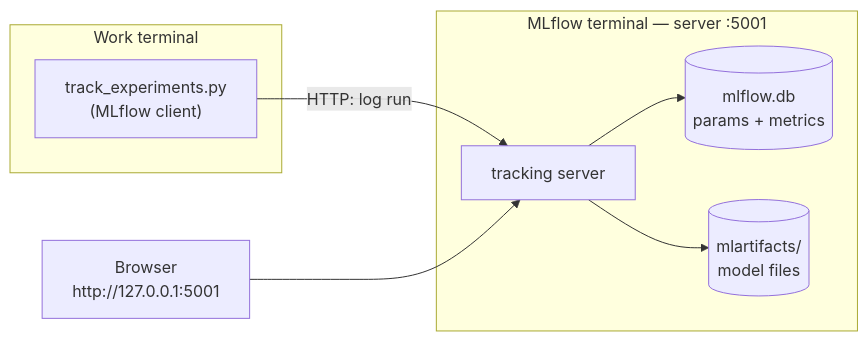
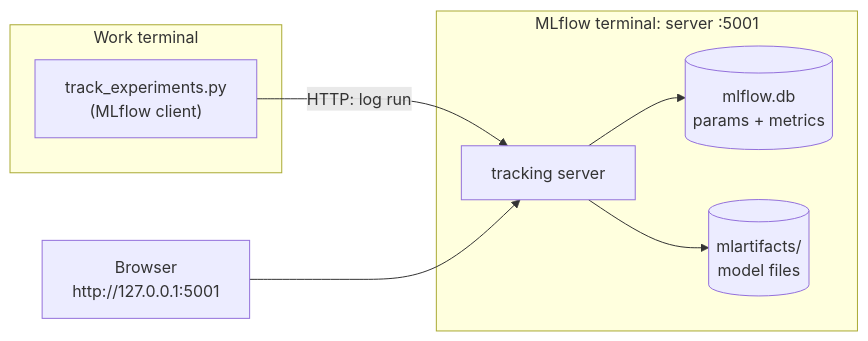
The first of 2 diagrams in docs/guide/04_experiments.md (shikharkumar13/-NYC-Airbnb-Price-Prediction-MLOps), drawn with Mermaid before and after one commit. The commit also changed other lines of this file and 15 other files, not shown here.

````diff
--- a/docs/guide/04_experiments.md
+++ b/docs/guide/04_experiments.md
@@ -30,15 +31,15 @@
 ```mermaid
 flowchart LR
     subgraph work ["Work terminal"]
         S["track_experiments.py\n(MLflow client)"]
     end
-    subgraph server ["MLflow terminal — server :5001"]
+    subgraph server ["MLflow terminal: server :5001"]
         API["tracking server"]
         DB[("mlflow.db\nparams + metrics")]
         ART[("mlartifacts/\nmodel files")]
         API --> DB
         API --> ART
     end
     S -- "HTTP: log run" --> API
     B["Browser\nhttp://127.0.0.1:5001"] --> API
 ```
````
